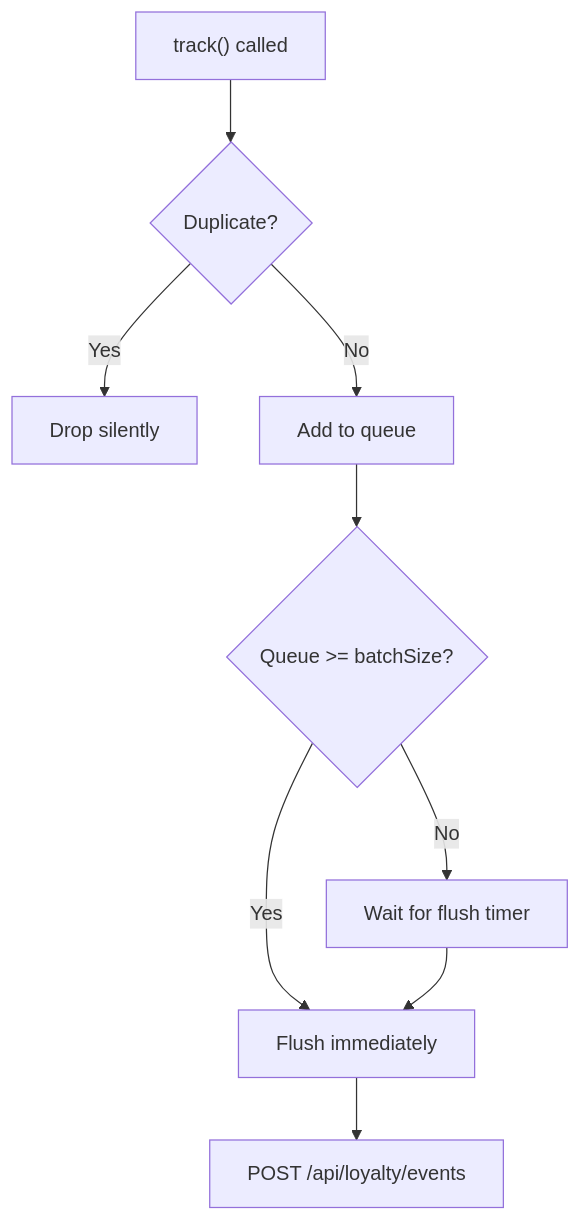
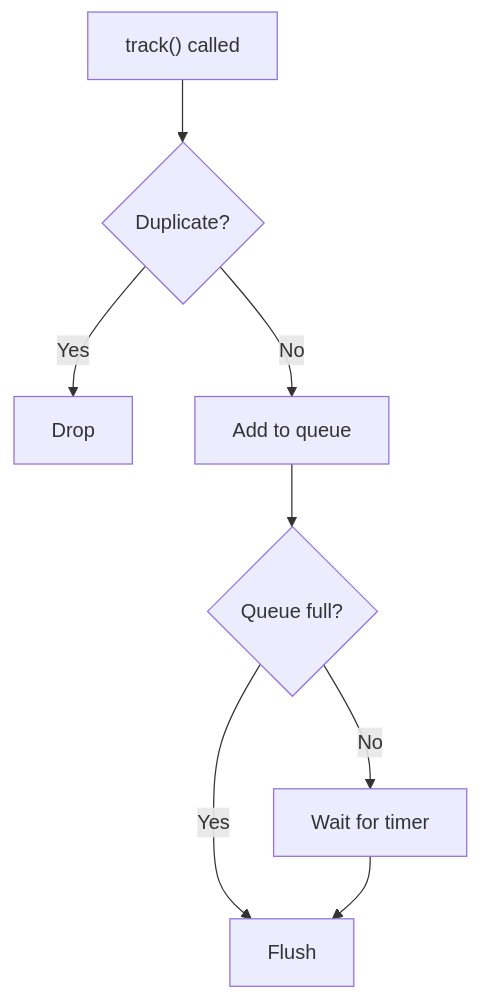
One commit to bagdock/bagdock-analytics changed the second of 2 diagrams in README.md. Above: the diagram before and after it, drawn with Mermaid. The commit also changed other lines of this file, not shown here.

````diff
--- a/README.md
+++ b/README.md
@@ -296,11 +263,10 @@
 ```mermaid
 graph TD
   A["track() called"] --> B{"Duplicate?"}
-  B -- Yes --> C["Drop silently"]
+  B -- Yes --> C["Drop"]
   B -- No --> D["Add to queue"]
-  D --> E{"Queue >= batchSize?"}
-  E -- Yes --> F["Flush immediately"]
-  E -- No --> G["Wait for flush timer"]
+  D --> E{"Queue full?"}
+  E -- Yes --> F["Flush"]
+  E -- No --> G["Wait for timer"]
   G --> F
-  F --> H["POST /api/loyalty/events"]
 ```
````
